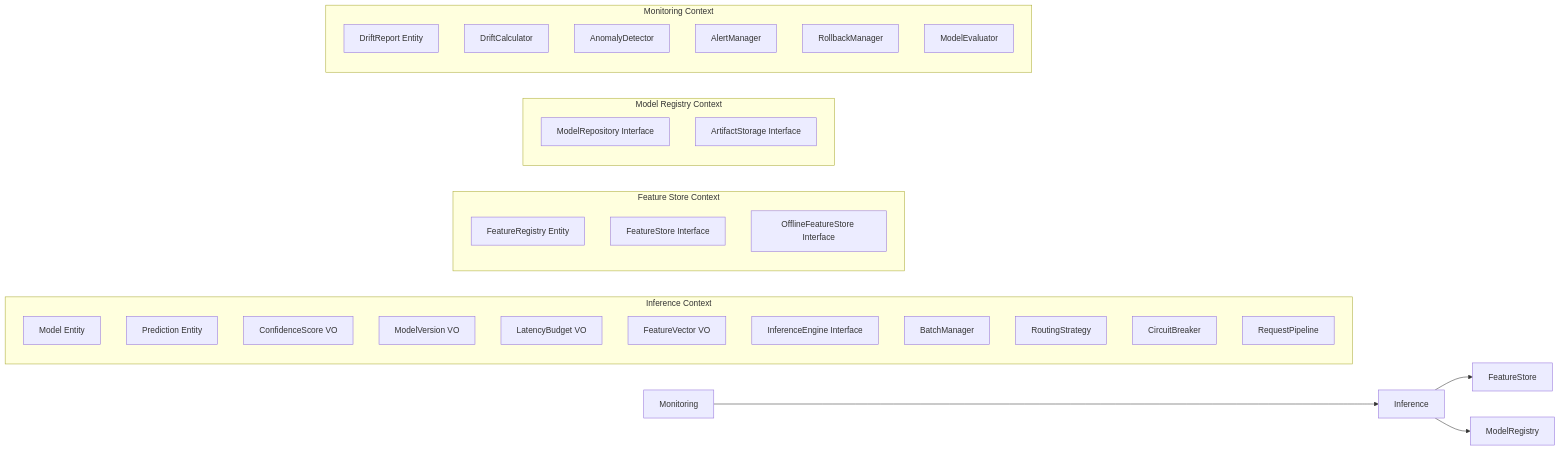
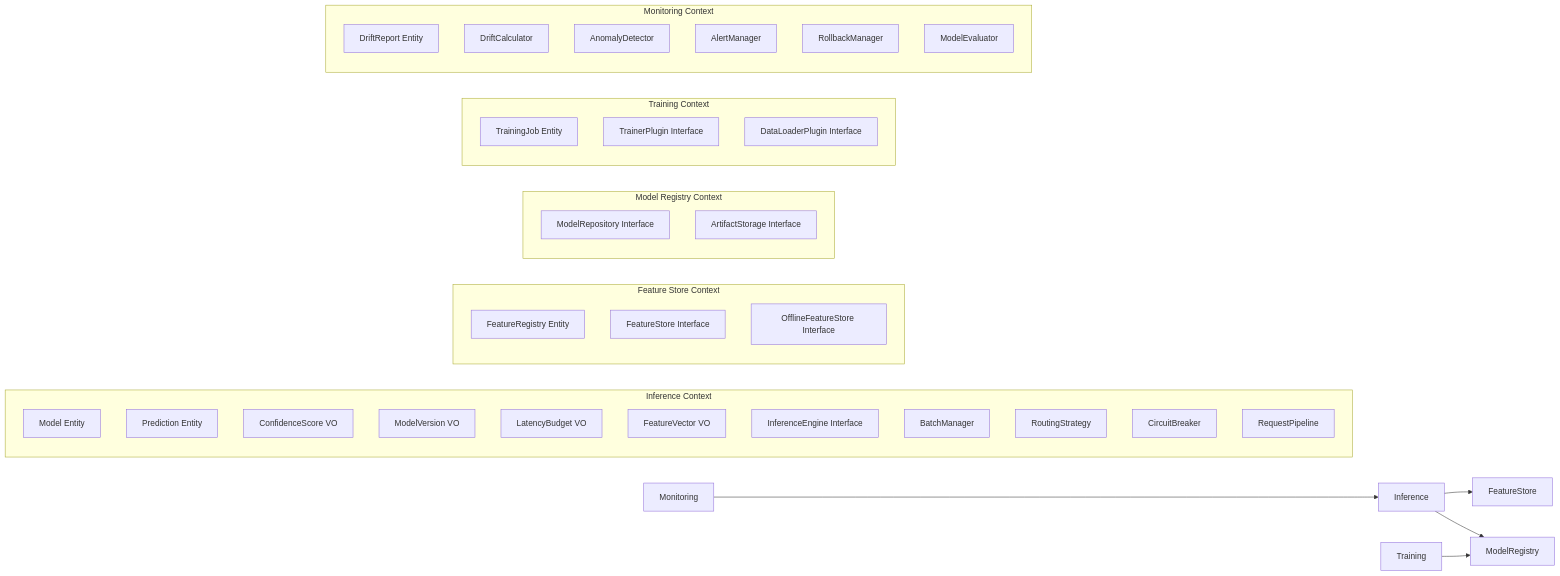
The diagram in docs/architecture/ddd-overview.md (vtnguyen04/phoenix_ML), drawn with Mermaid before and after one commit. The commit also changed other lines of this file and 157 other files, not shown here.

````diff
--- a/docs/architecture/ddd-overview.md
+++ b/docs/architecture/ddd-overview.md
@@ -5,40 +5,47 @@
 ```mermaid
 graph LR
     subgraph "Inference Context"
         Model[Model Entity]
         Prediction[Prediction Entity]
         ConfScore[ConfidenceScore VO]
         ModelVer[ModelVersion VO]
         LatBudget[LatencyBudget VO]
         FeatVec[FeatureVector VO]
         InfEngine[InferenceEngine Interface]
         BatchMgr[BatchManager]
         Router[RoutingStrategy]
         CB[CircuitBreaker]
         Pipeline[RequestPipeline]
     end
 
     subgraph "Feature Store Context"
         FeatReg[FeatureRegistry Entity]
         FeatStore[FeatureStore Interface]
         OfflineStore[OfflineFeatureStore Interface]
     end
 
     subgraph "Model Registry Context"
         ModelRepo[ModelRepository Interface]
         ArtifactStore[ArtifactStorage Interface]
     end
 
+    subgraph "Training Context"
+        TrainJob[TrainingJob Entity]
+        TrainerPlugin[TrainerPlugin Interface]
+        DataLoaderPlugin[DataLoaderPlugin Interface]
+    end
+
     subgraph "Monitoring Context"
         DriftReport[DriftReport Entity]
         DriftCalc[DriftCalculator]
         AnomalyDet[AnomalyDetector]
         AlertMgr[AlertManager]
         RollbackMgr[RollbackManager]
         ModelEval[ModelEvaluator]
     end
 
     Inference --> FeatureStore
     Inference --> ModelRegistry
     Monitoring --> Inference
+    Training --> ModelRegistry
 ```
````
